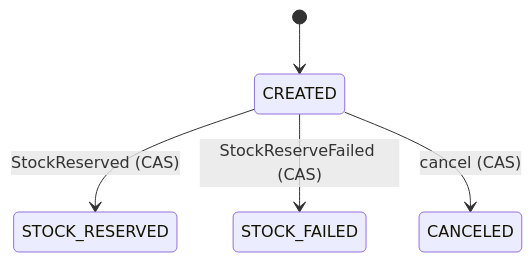
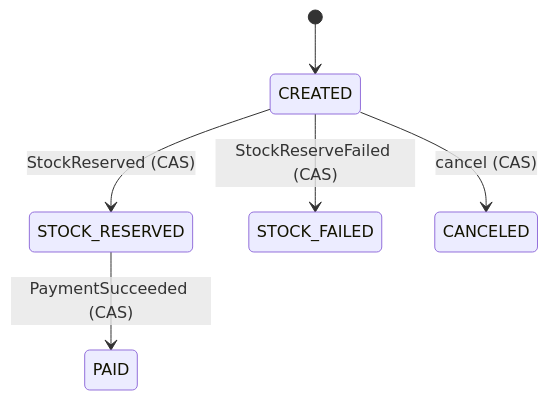
One commit to Zdanquxunhuan/ymall-like changed the fifth of 10 diagrams in flowchart.md. Above: the diagram before and after it, drawn with Mermaid. The commit also changed other lines of this file and 44 other files, not shown here.

Commit message:
Add payment service with callback flow and order paid updates

````diff
--- a/flowchart.md
+++ b/flowchart.md
@@ -70,7 +70,8 @@
 ```mermaid
 stateDiagram-v2
     [*] --> CREATED
     CREATED --> STOCK_RESERVED: StockReserved (CAS)
     CREATED --> STOCK_FAILED: StockReserveFailed (CAS)
     CREATED --> CANCELED: cancel (CAS)
+    STOCK_RESERVED --> PAID: PaymentSucceeded (CAS)
 ```
````
